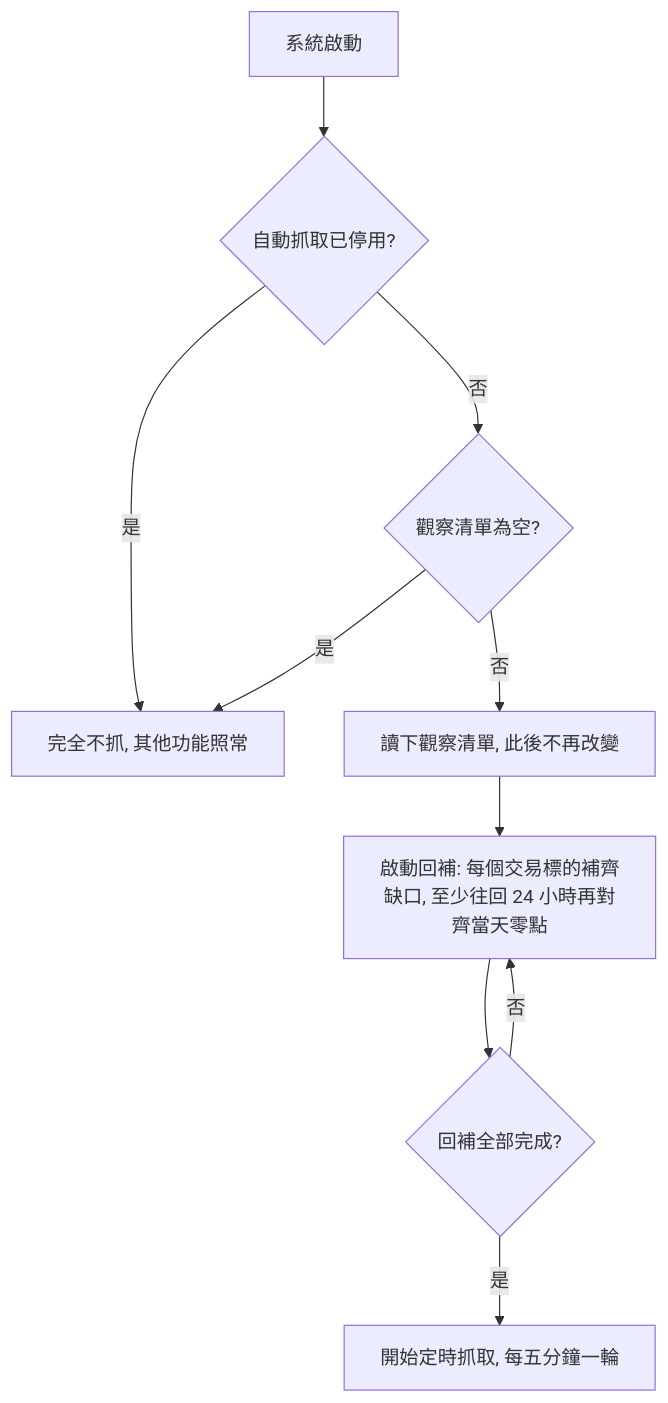
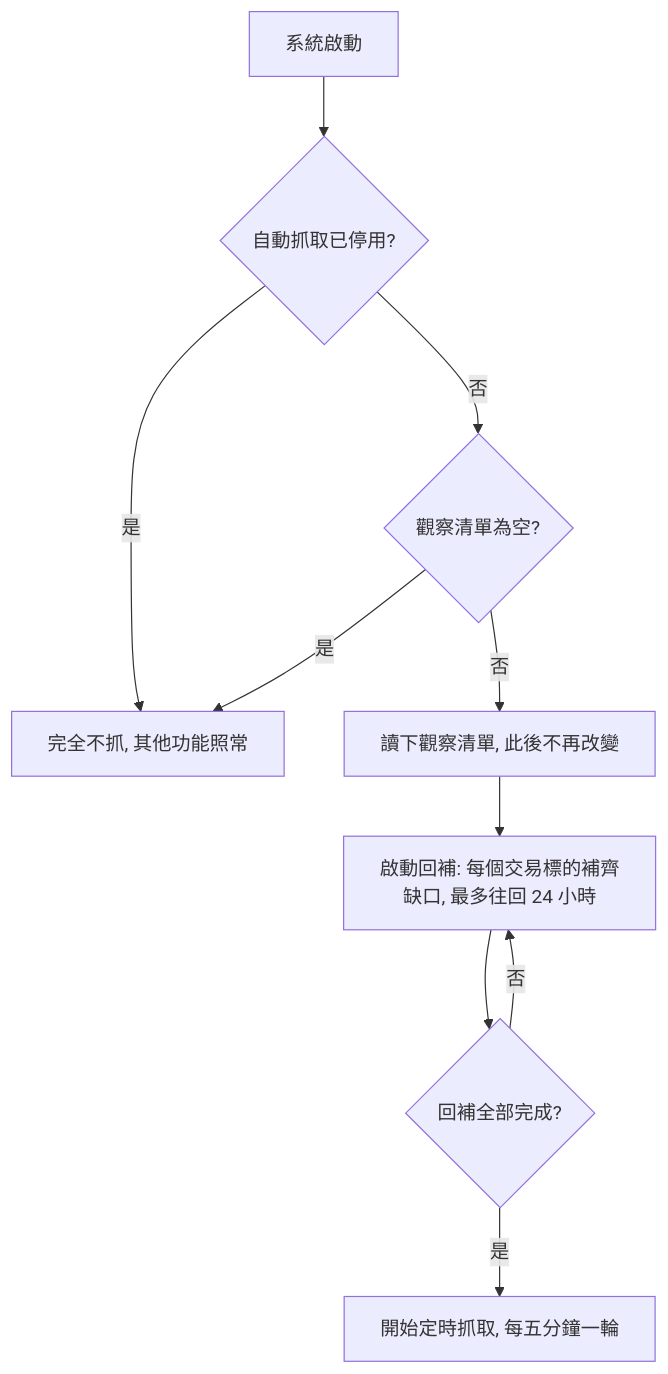
Before and after one commit to CodeMachine0121/go-trading: the first of 2 diagrams in .sdd/2026-08-30-k-candle-auto-ingestion/PRD.md, drawn with Mermaid. The commit also changed other lines of this file and 10 other files, not shown here.

````diff
--- a/.sdd/2026-08-30-k-candle-auto-ingestion/PRD.md
+++ b/.sdd/2026-08-30-k-candle-auto-ingestion/PRD.md
@@ -268,12 +275,12 @@
 ```mermaid
 flowchart TD
     A[系統啟動] --> B{自動抓取已停用?}
     B -- 是 --> Z[完全不抓, 其他功能照常]
     B -- 否 --> C{觀察清單為空?}
     C -- 是 --> Z
     C -- 否 --> D[讀下觀察清單, 此後不再改變]
-    D --> E[啟動回補: 每個交易標的補齊缺口, 至少往回 24 小時再對齊當天零點]
+    D --> E[啟動回補: 每個交易標的補齊缺口, 最多往回 24 小時]
     E --> F{回補全部完成?}
     F -- 否 --> E
     F -- 是 --> G[開始定時抓取, 每五分鐘一輪]
 ```
````
